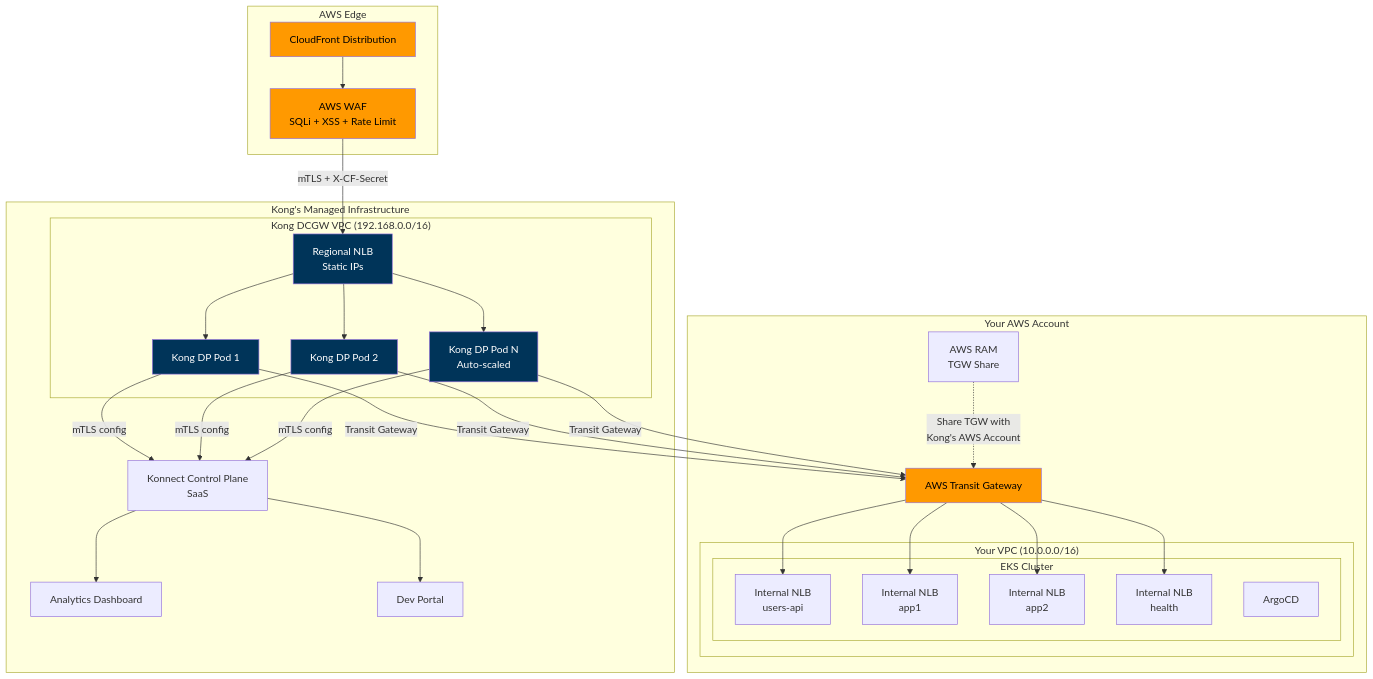
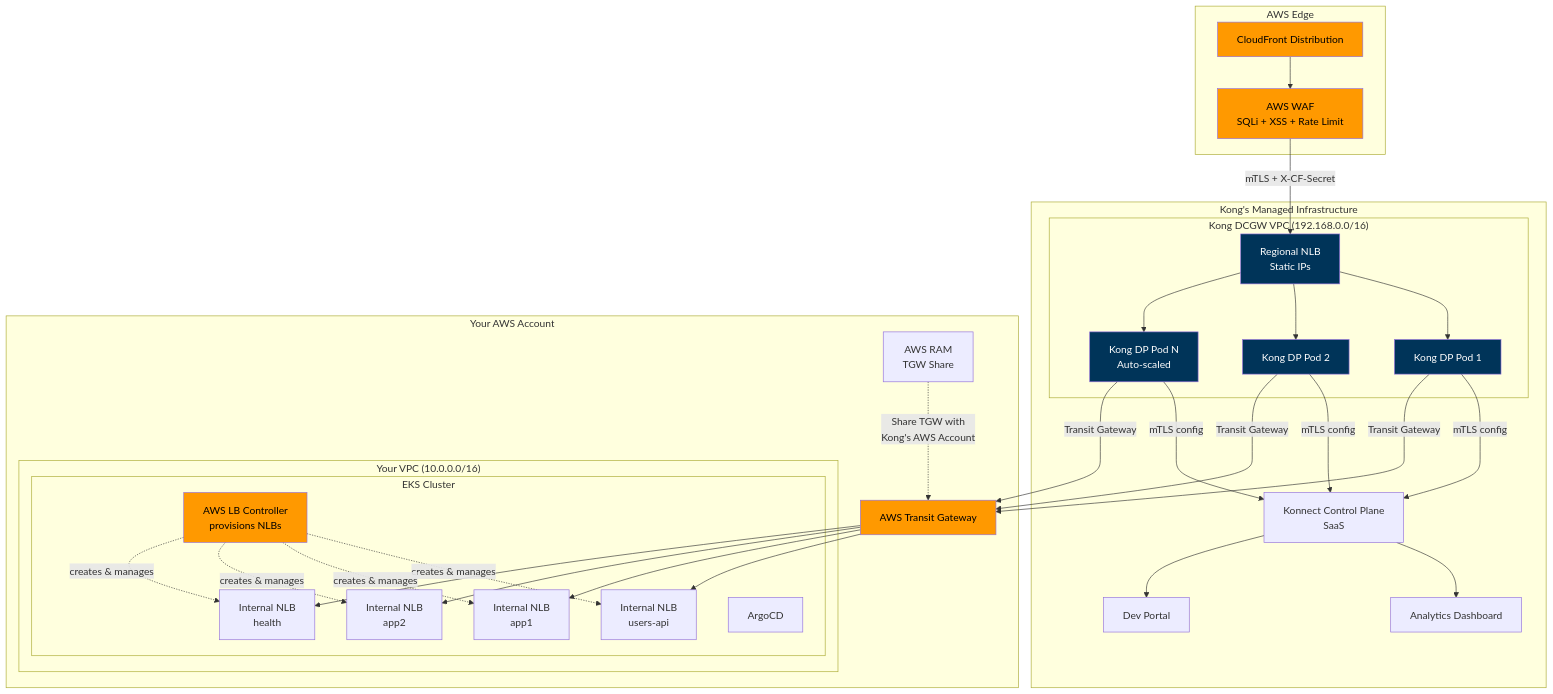
Before and after one commit to shanaka-versent/Kong-Konnect-Cloud-Gateway-on-EKS: the second of 5 diagrams in README.md, drawn with Mermaid. The commit also changed other lines of this file, not shown here.

First line of the commit message:
Clarify AWS LB Controller role and no-ingress-controller architecture

````diff
--- a/README.md
+++ b/README.md
@@ -49,50 +51,53 @@
 ```mermaid
 graph TB
     subgraph "AWS Edge"
         CF[CloudFront Distribution]
         WAF[AWS WAF<br/>SQLi + XSS + Rate Limit]
         CF --> WAF
     end
 
     subgraph "Kong's Managed Infrastructure"
         subgraph "Kong DCGW VPC (192.168.0.0/16)"
             K_NLB[Regional NLB<br/>Static IPs]
             KDP1[Kong DP Pod 1]
             KDP2[Kong DP Pod 2]
             KDP3[Kong DP Pod N<br/>Auto-scaled]
             K_NLB --> KDP1 & KDP2 & KDP3
         end
         KCP[Konnect Control Plane<br/>SaaS]
         Analytics[Analytics Dashboard]
         Portal[Dev Portal]
         KCP --> Analytics & Portal
     end
 
     subgraph "Your AWS Account"
         TGW[AWS Transit Gateway]
         subgraph "Your VPC (10.0.0.0/16)"
             subgraph "EKS Cluster"
+                LBC[AWS LB Controller<br/>provisions NLBs]
                 NLB1[Internal NLB<br/>users-api]
                 NLB2[Internal NLB<br/>app1]
                 NLB3[Internal NLB<br/>app2]
                 NLB4[Internal NLB<br/>health]
                 ArgoCD[ArgoCD]
+                LBC -.->|creates & manages| NLB1 & NLB2 & NLB3 & NLB4
             end
         end
         RAM[AWS RAM<br/>TGW Share]
     end
 
     WAF -->|mTLS + X-CF-Secret| K_NLB
     KDP1 & KDP2 & KDP3 -->|mTLS config| KCP
     KDP1 & KDP2 & KDP3 -->|Transit Gateway| TGW
     TGW --> NLB1 & NLB2 & NLB3 & NLB4
     RAM -.->|Share TGW with<br/>Kong's AWS Account| TGW
 
     style CF fill:#ff9900,color:#000
     style WAF fill:#ff9900,color:#000
     style K_NLB fill:#003459,color:#fff
     style KDP1 fill:#003459,color:#fff
     style KDP2 fill:#003459,color:#fff
     style KDP3 fill:#003459,color:#fff
     style TGW fill:#ff9900,color:#000
+    style LBC fill:#ff9900,color:#000
 ```
````
